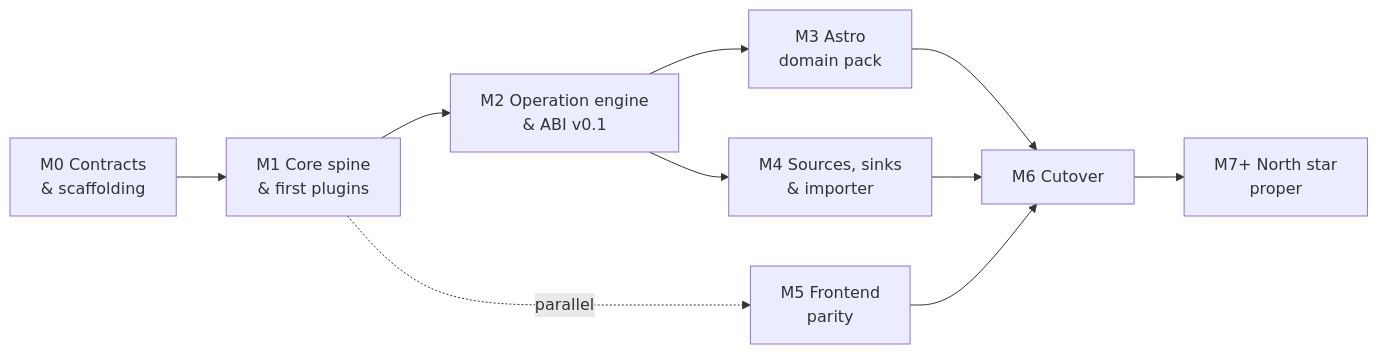
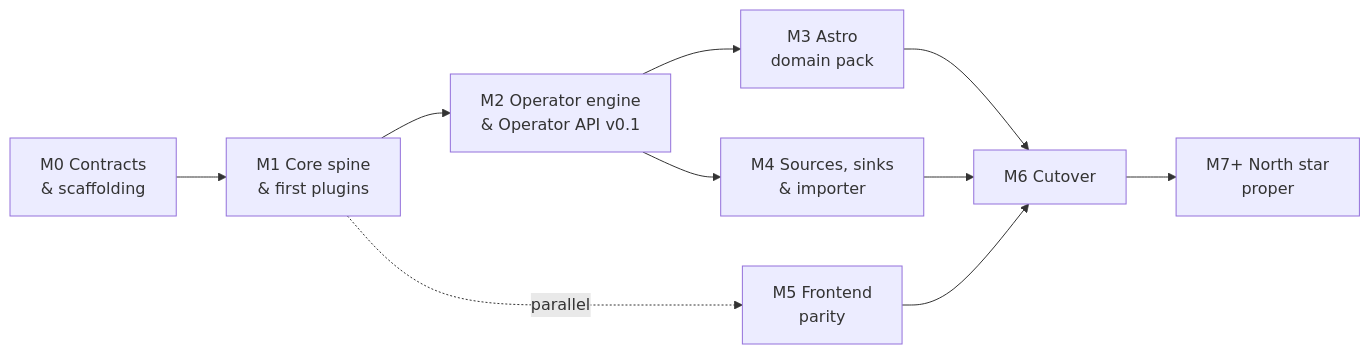
The second of 2 diagrams in docs/architecture/README.md (sidereal-io/sidereal), drawn with Mermaid before and after one commit. The commit also changed other lines of this file and 7 other files, not shown here.

First line of the commit message:
docs: refine plugin architecture boundaries

````diff
--- a/docs/architecture/README.md
+++ b/docs/architecture/README.md
@@ -267,12 +271,12 @@
 ```mermaid
 graph LR
     M0[M0 Contracts<br/>& scaffolding] --> M1[M1 Core spine<br/>& first plugins]
-    M1 --> M2[M2 Operation engine<br/>& ABI v0.1]
+    M1 --> M2[M2 Operator engine<br/>& Operator API v0.1]
     M2 --> M3[M3 Astro<br/>domain pack]
     M2 --> M4[M4 Sources, sinks<br/>& importer]
     M1 -.parallel.-> M5[M5 Frontend<br/>parity]
     M3 --> M6[M6 Cutover]
     M4 --> M6
     M5 --> M6
     M6 --> M7[M7+ North star<br/>proper]
 ```
````
